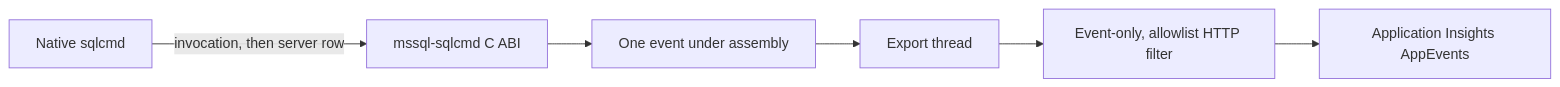
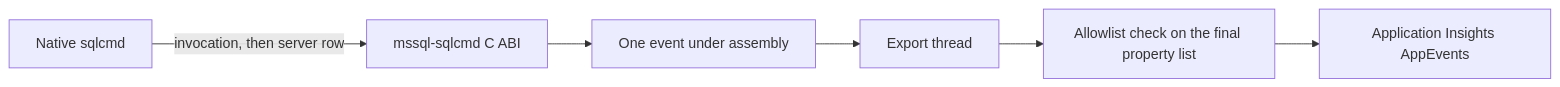
Before and after one commit to microsoft/mssql-rs: the diagram in mssql-sqlcmd/docs/telemetry.md, drawn with Mermaid. The commit also changed other lines of this file and 4 other files, not shown here.

````diff
--- a/mssql-sqlcmd/docs/telemetry.md
+++ b/mssql-sqlcmd/docs/telemetry.md
@@ -51,11 +50,11 @@
 ```mermaid
 flowchart LR
     Native[Native sqlcmd]
     ABI[mssql-sqlcmd C ABI]
     Session[One event under assembly]
     Worker[Export thread]
-    Filter[Event-only, allowlist HTTP filter]
+    Check[Allowlist check on the final property list]
     AI[Application Insights AppEvents]
 
-    Native -->|invocation, then server row| ABI --> Session --> Worker --> Filter --> AI
+    Native -->|invocation, then server row| ABI --> Session --> Worker --> Check --> AI
 ```
````
